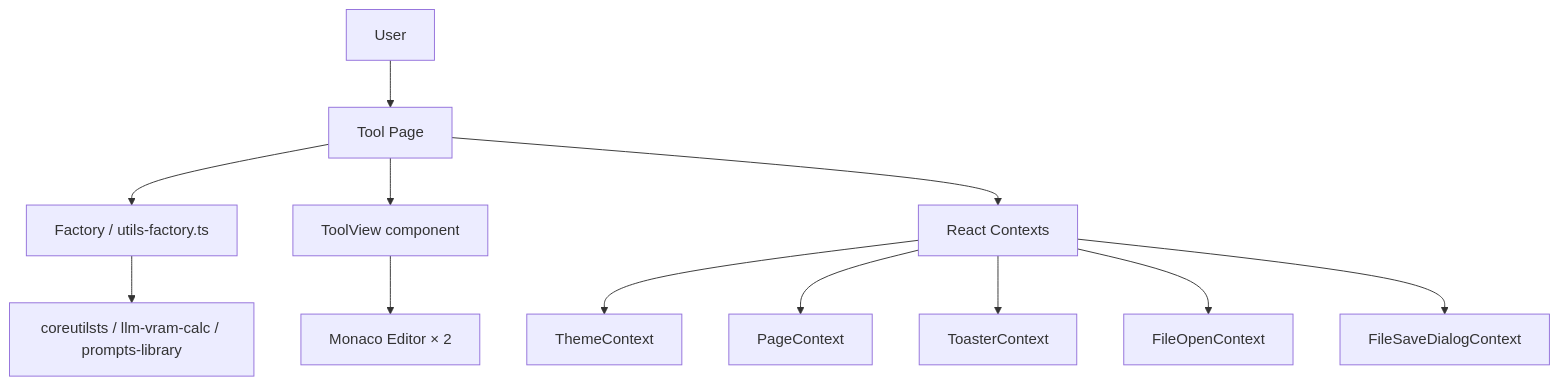
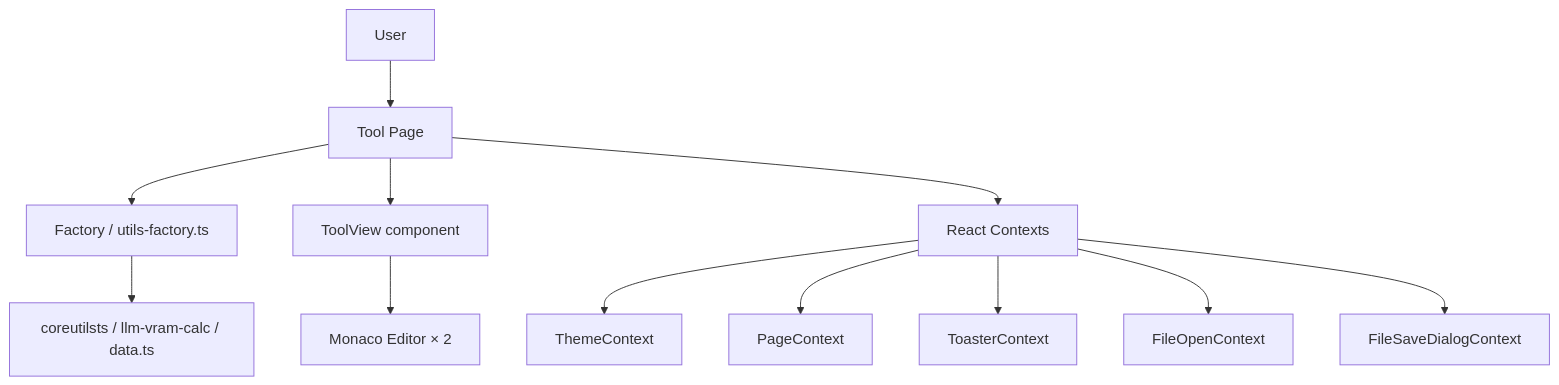
Before and after one commit to sanyokkua/dev.tools: the first of 3 diagrams in docs/ARCHITECTURE.md, drawn with Mermaid. The commit also changed other lines of this file and 7 other files, not shown here.

````diff
--- a/docs/ARCHITECTURE.md
+++ b/docs/ARCHITECTURE.md
@@ -137,14 +137,14 @@
 ```mermaid
 graph TD
     U[User] --> Page[Tool Page]
     Page --> FC[Factory / utils-factory.ts]
-    FC --> Lib[coreutilsts / llm-vram-calc / prompts-library]
+    FC --> Lib[coreutilsts / llm-vram-calc / data.ts]
     Page --> TV[ToolView component]
     TV --> ME[Monaco Editor × 2]
     Page --> Ctx[React Contexts]
     Ctx --> TC[ThemeContext]
     Ctx --> PC[PageContext]
     Ctx --> Toast[ToasterContext]
     Ctx --> FO[FileOpenContext]
     Ctx --> FS[FileSaveDialogContext]
 ```
````
